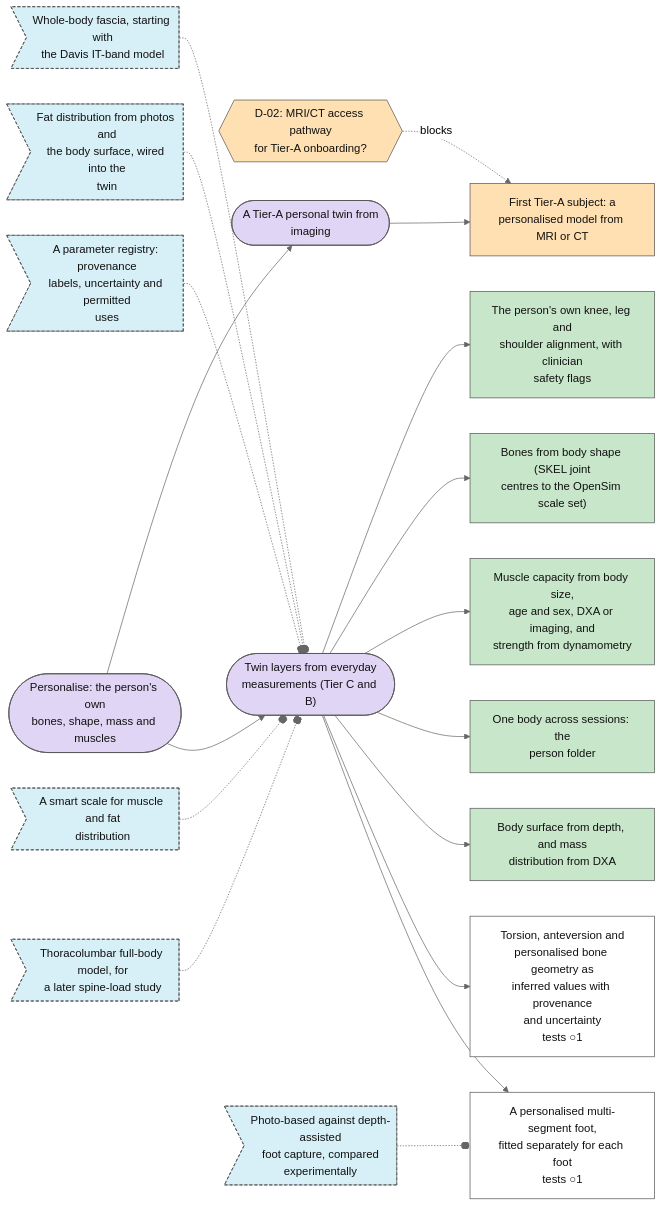
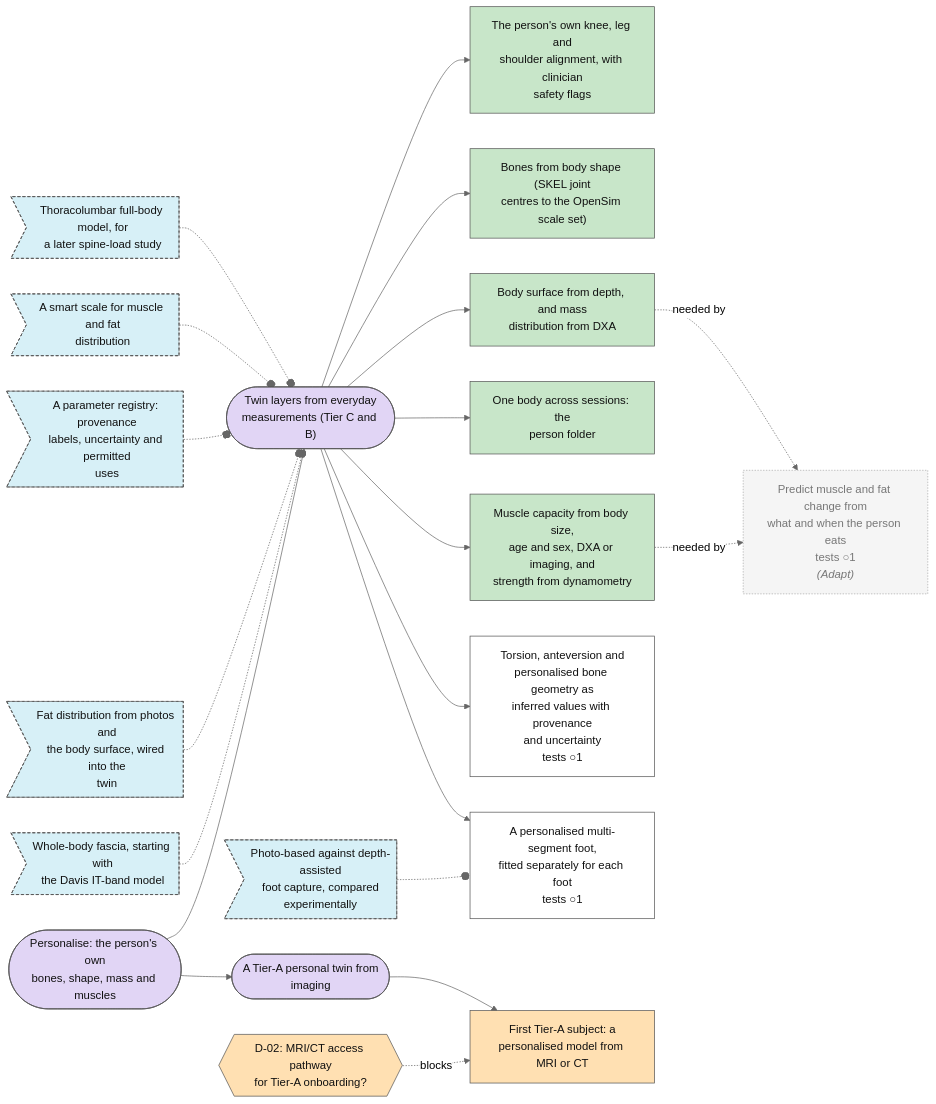
Before and after one commit to Sigurius23/Rehab-agent: the third of 7 diagrams in plan/MAP.md, drawn with Mermaid (neutral theme). The commit also changed other lines of this file and 4 other files, not shown here.

````diff
--- a/plan/MAP.md
+++ b/plan/MAP.md
@@ -128,57 +128,60 @@
 ```mermaid
 flowchart LR
   n0{{"D-02: MRI/CT access pathway<br/>for Tier-A onboarding?"}}:::decision_open
   n1(["A Tier-A personal twin from<br/>imaging"]):::goal_open
   n2(["Twin layers from everyday<br/>measurements (Tier C and B)"]):::goal_open
   n3>"Whole-body fascia, starting with<br/>the Davis IT-band model"]:::idea_new
   n4>"Fat distribution from photos and<br/>the body surface, wired into the<br/>twin"]:::idea_new
   n5>"Photo-based against depth-assisted<br/>foot capture, compared<br/>experimentally"]:::idea_new
   n6>"A parameter registry: provenance<br/>labels, uncertainty and permitted<br/>uses"]:::idea_new
   n7>"A smart scale for muscle and fat<br/>distribution"]:::idea_new
   n8>"Thoracolumbar full-body model, for<br/>a later spine-load study"]:::idea_new
   n9["The person's own knee, leg and<br/>shoulder alignment, with clinician<br/>safety flags"]:::step_done
   n10["Bones from body shape (SKEL joint<br/>centres to the OpenSim scale set)"]:::step_done
   n11["Muscle capacity from body size,<br/>age and sex, DXA or imaging, and<br/>strength from dynamometry"]:::step_done
   n12["One body across sessions: the<br/>person folder"]:::step_done
   n13["Body surface from depth, and mass<br/>distribution from DXA"]:::step_done
   n14(["Personalise: the person's own<br/>bones, shape, mass and muscles"]):::goal_open
   n15["Torsion, anteversion and<br/>personalised bone geometry as<br/>inferred values with provenance<br/>and uncertainty<br/>tests ○1"]:::step_open
   n16["A personalised multi-segment foot,<br/>fitted separately for each foot<br/>tests ○1"]:::step_open
   n17["First Tier-A subject: a<br/>personalised model from MRI or CT"]:::step_blocked
+  n18["Predict muscle and fat change from<br/>what and when the person eats<br/>tests ○1<br/><i>(Adapt)</i>"]:::external
   n0 -. blocks .-> n17
   n14 --> n1
   n14 --> n2
   n3 -.-o n2
   n4 -.-o n2
   n5 -.-o n16
   n6 -.-o n2
   n7 -.-o n2
   n8 -.-o n2
   n2 --> n9
   n2 --> n10
   n2 --> n11
   n2 --> n12
   n2 --> n13
   n2 --> n15
   n2 --> n16
   n1 --> n17
+  n11 -. needed by .-> n18
+  n13 -. needed by .-> n18
   classDef goal_open fill:#e1d5f5,stroke:#555,color:#111
   classDef goal_done fill:#c8e6c9,stroke:#555,color:#111
   classDef step_open fill:#ffffff,stroke:#555,color:#111
   classDef step_doing fill:#fff3c4,stroke:#555,color:#111
   classDef step_done fill:#c8e6c9,stroke:#555,color:#111
   classDef step_blocked fill:#ffe0b2,stroke:#555,color:#111
   classDef step_dropped fill:#eeeeee,stroke:#555,color:#111
   classDef test_planned fill:#ffffff,stroke:#555,color:#111
   classDef test_running fill:#fff3c4,stroke:#555,color:#111
   classDef test_passed fill:#c8e6c9,stroke:#555,color:#111
   classDef test_failed fill:#ffcdd2,stroke:#555,color:#111
   classDef test_mixed fill:#fff3c4,stroke:#555,color:#111
   classDef test_dropped fill:#eeeeee,stroke:#555,color:#111
   classDef idea_new fill:#d7f0f7,stroke:#555,color:#111,stroke-dasharray: 4 3
   classDef idea_promoted fill:#eeeeee,stroke:#555,color:#111,stroke-dasharray: 4 3
   classDef idea_dropped fill:#eeeeee,stroke:#555,color:#111,stroke-dasharray: 4 3
   classDef decision_open fill:#ffe0b2,stroke:#555,color:#111
   classDef decision_decided fill:#ffe0b2,stroke:#555,color:#111
   classDef external fill:#f5f5f5,stroke:#aaa,color:#777,stroke-dasharray: 2 2
 ```
````
